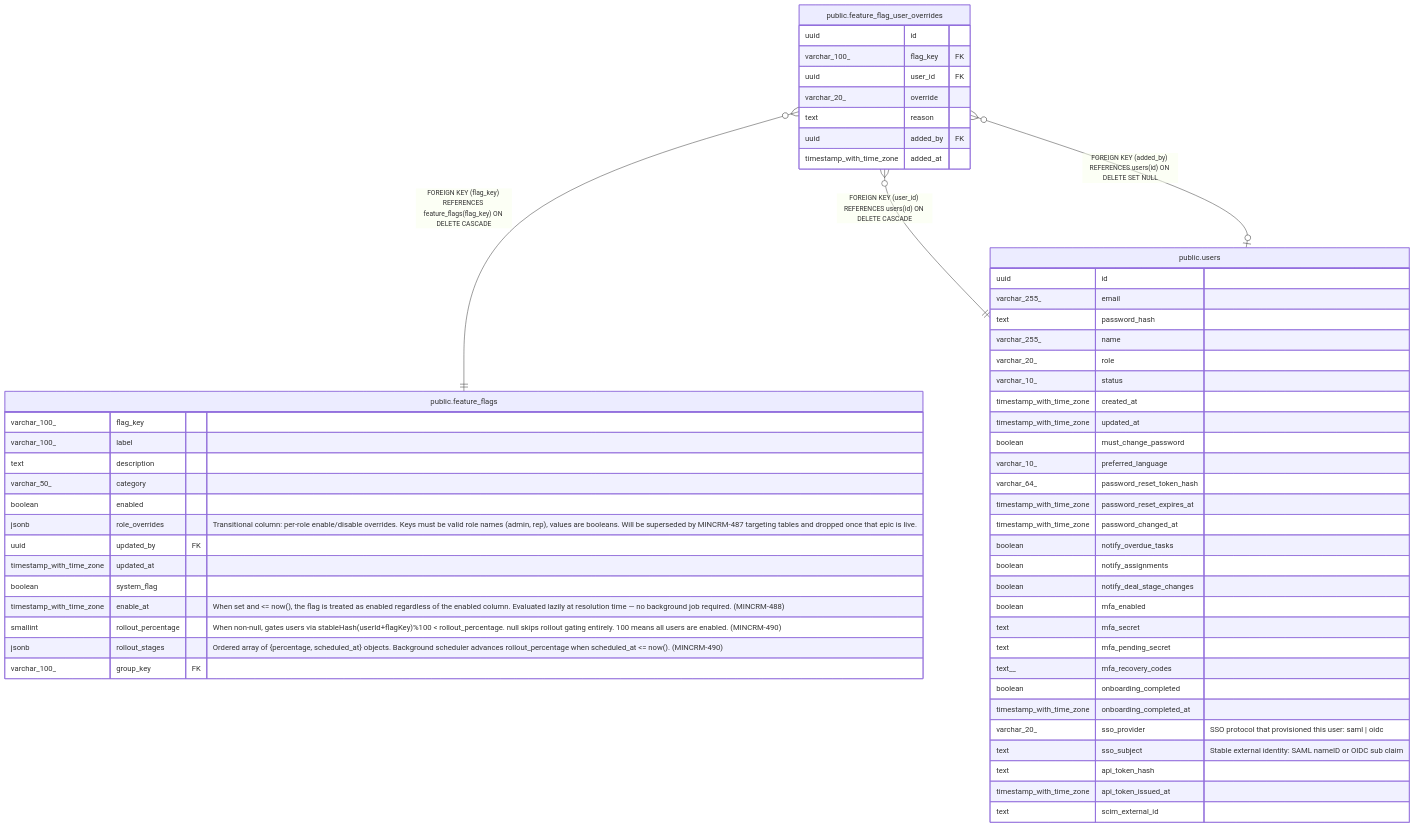
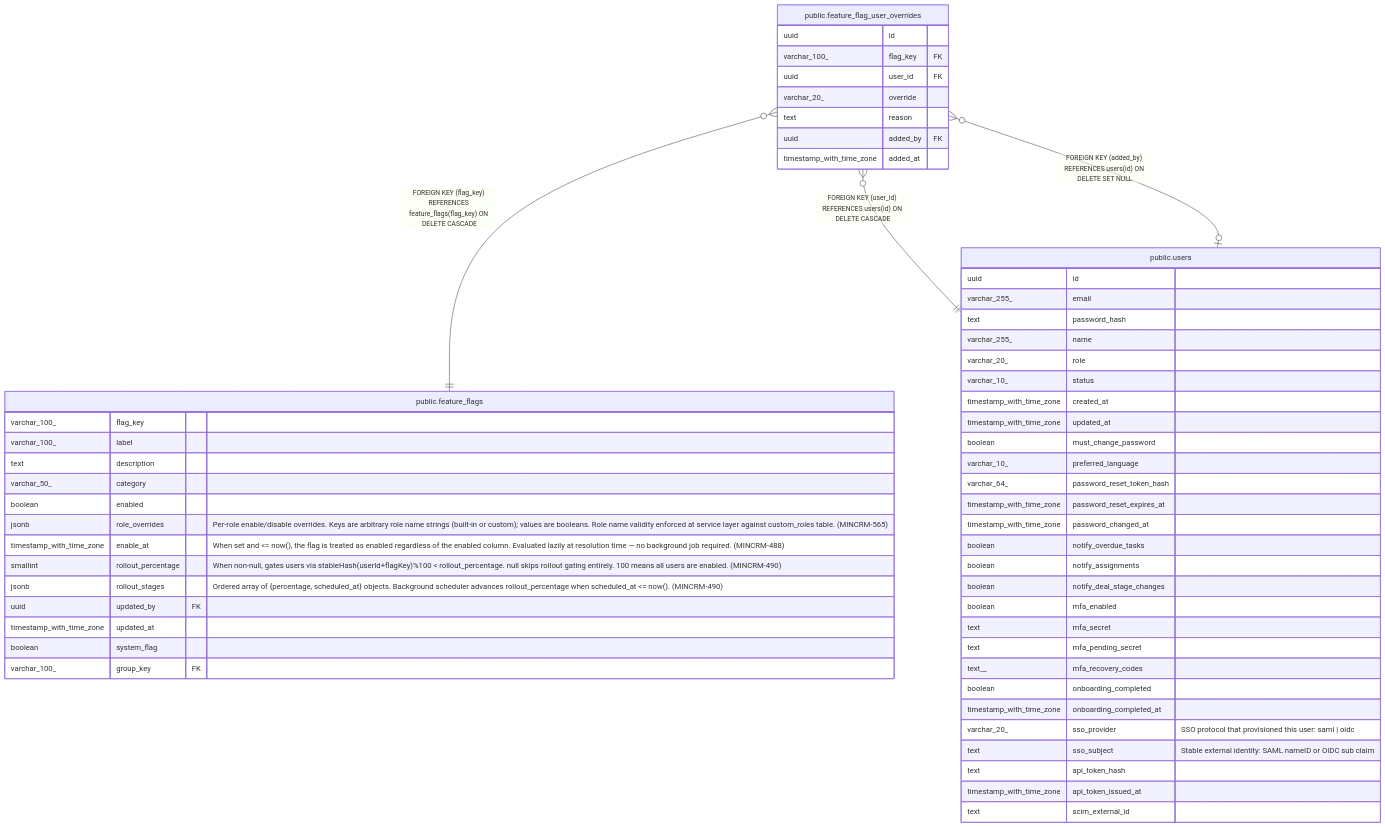
Before and after one commit to rkseattle/minicrm: the diagram in docs/schema/public.feature_flag_user_overrides.md, drawn with Mermaid. The commit also changed 21 other files, not shown here.

First line of the commit message:
feat(db): add schema for relationship health scoring and follow-up timing

````diff
--- a/docs/schema/public.feature_flag_user_overrides.md
+++ b/docs/schema/public.feature_flag_user_overrides.md
@@ -36,61 +36,61 @@
 ```mermaid
 erDiagram
 
 "public.feature_flag_user_overrides" }o--|| "public.feature_flags" : "FOREIGN KEY (flag_key) REFERENCES feature_flags(flag_key) ON DELETE CASCADE"
 "public.feature_flag_user_overrides" }o--|| "public.users" : "FOREIGN KEY (user_id) REFERENCES users(id) ON DELETE CASCADE"
 "public.feature_flag_user_overrides" }o--o| "public.users" : "FOREIGN KEY (added_by) REFERENCES users(id) ON DELETE SET NULL"
 
 "public.feature_flag_user_overrides" {
   uuid id ""
   varchar_100_ flag_key FK ""
   uuid user_id FK ""
   varchar_20_ override ""
   text reason ""
   uuid added_by FK ""
   timestamp_with_time_zone added_at ""
 }
 "public.feature_flags" {
   varchar_100_ flag_key ""
   varchar_100_ label ""
   text description ""
   varchar_50_ category ""
   boolean enabled ""
-  jsonb role_overrides "Transitional column: per-role enable/disable overrides. Keys must be valid role names (admin, rep), values are booleans. Will be superseded by MINCRM-487 targeting tables and dropped once that epic is live."
+  jsonb role_overrides "Per-role enable/disable overrides. Keys are arbitrary role name strings (built-in or custom); values are booleans. Role name validity enforced at service layer against custom_roles table. (MINCRM-565)"
+  timestamp_with_time_zone enable_at "When set and <= now(), the flag is treated as enabled regardless of the enabled column. Evaluated lazily at resolution time — no background job required. (MINCRM-488)"
+  smallint rollout_percentage "When non-null, gates users via stableHash(userId+flagKey)%100 < rollout_percentage. null skips rollout gating entirely. 100 means all users are enabled. (MINCRM-490)"
+  jsonb rollout_stages "Ordered array of {percentage, scheduled_at} objects. Background scheduler advances rollout_percentage when scheduled_at <= now(). (MINCRM-490)"
   uuid updated_by FK ""
   timestamp_with_time_zone updated_at ""
   boolean system_flag ""
-  timestamp_with_time_zone enable_at "When set and <= now(), the flag is treated as enabled regardless of the enabled column. Evaluated lazily at resolution time — no background job required. (MINCRM-488)"
-  smallint rollout_percentage "When non-null, gates users via stableHash(userId+flagKey)%100 < rollout_percentage. null skips rollout gating entirely. 100 means all users are enabled. (MINCRM-490)"
-  jsonb rollout_stages "Ordered array of {percentage, scheduled_at} objects. Background scheduler advances rollout_percentage when scheduled_at <= now(). (MINCRM-490)"
   varchar_100_ group_key FK ""
 }
 "public.users" {
   uuid id ""
   varchar_255_ email ""
   text password_hash ""
   varchar_255_ name ""
   varchar_20_ role ""
   varchar_10_ status ""
   timestamp_with_time_zone created_at ""
   timestamp_with_time_zone updated_at ""
   boolean must_change_password ""
   varchar_10_ preferred_language ""
   varchar_64_ password_reset_token_hash ""
   timestamp_with_time_zone password_reset_expires_at ""
   timestamp_with_time_zone password_changed_at ""
   boolean notify_overdue_tasks ""
   boolean notify_assignments ""
   boolean notify_deal_stage_changes ""
   boolean mfa_enabled ""
   text mfa_secret ""
   text mfa_pending_secret ""
   text__ mfa_recovery_codes ""
   boolean onboarding_completed ""
   timestamp_with_time_zone onboarding_completed_at ""
   varchar_20_ sso_provider "SSO protocol that provisioned this user: saml | oidc"
   text sso_subject "Stable external identity: SAML nameID or OIDC sub claim"
   text api_token_hash ""
   timestamp_with_time_zone api_token_issued_at ""
   text scim_external_id ""
 }
 ```
````
